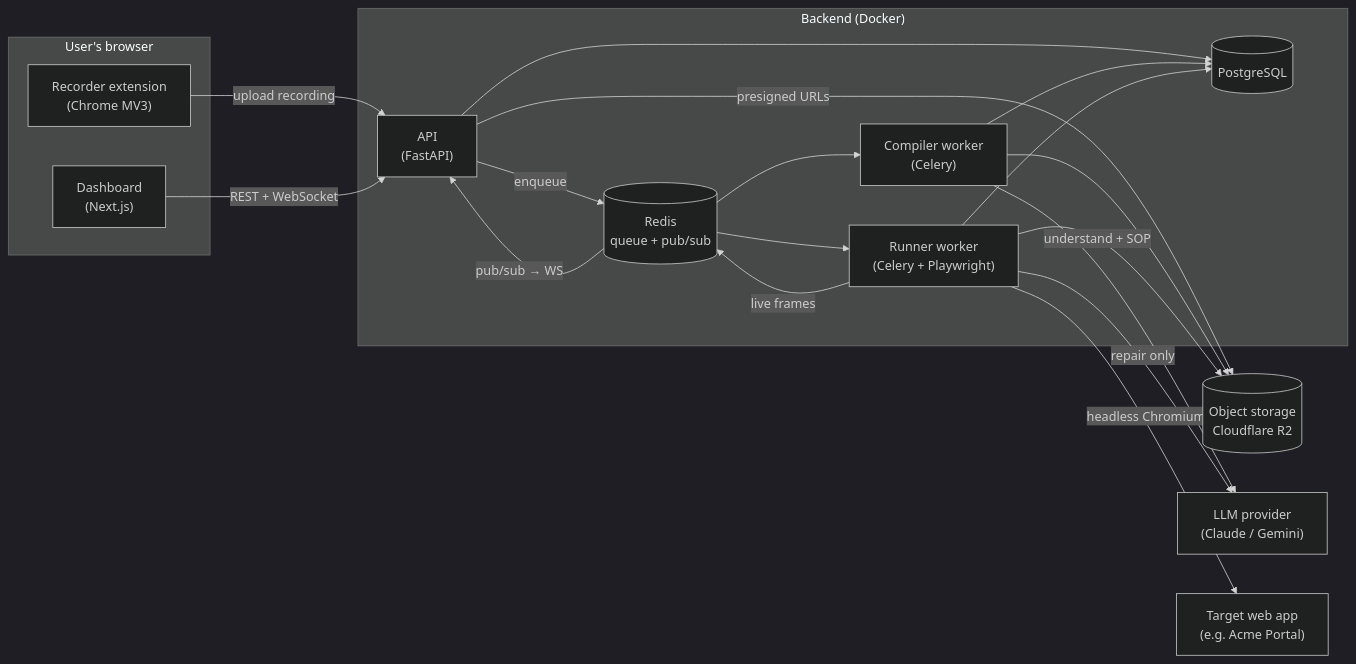
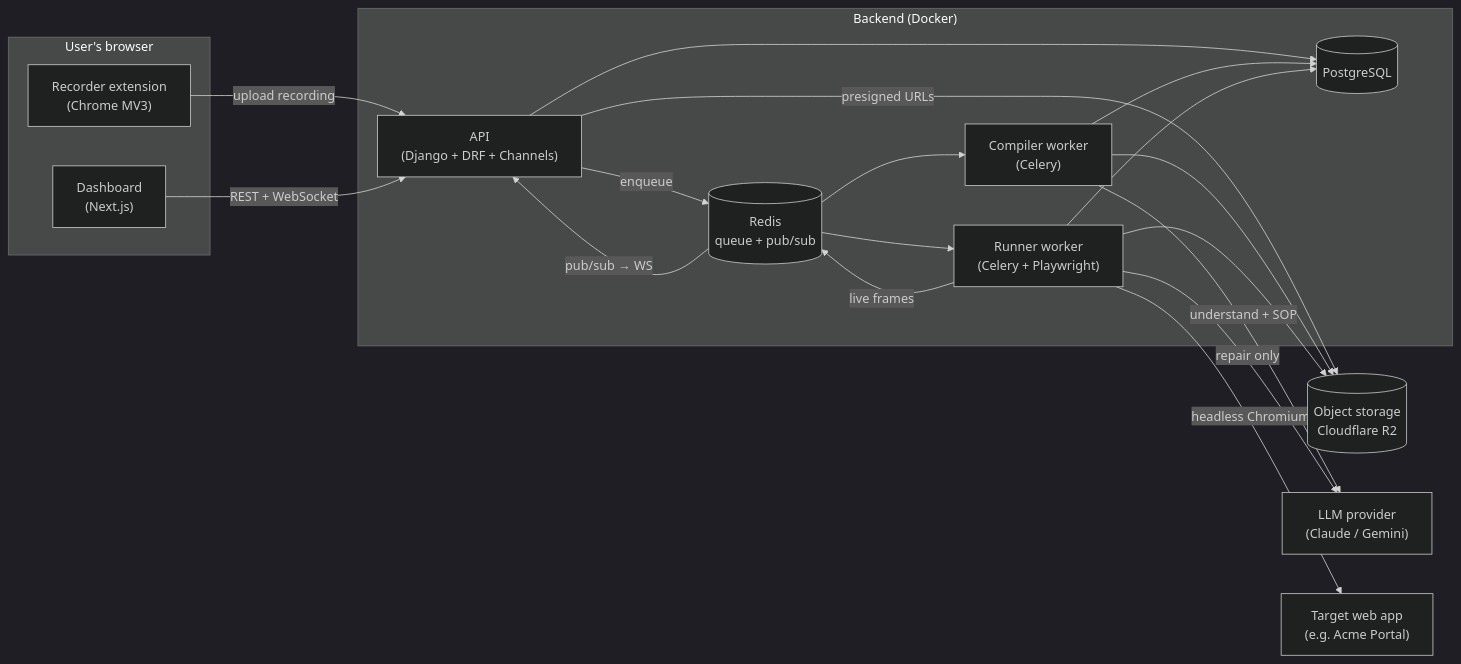
One commit to khurram-Shahid09/watchonce changed the first of 3 diagrams in docs/03-architecture.md. Above: the diagram before and after it, drawn with Mermaid (dark theme). The commit also changed other lines of this file and 9 other files, not shown here.

Commit message:
docs: update stack, architecture and ops docs for Django + DRF

````diff
--- a/docs/03-architecture.md
+++ b/docs/03-architecture.md
@@ -5,36 +5,36 @@
 ```mermaid
 flowchart LR
   subgraph Browser["User's browser"]
     EXT["Recorder extension<br/>(Chrome MV3)"]
     WEB["Dashboard<br/>(Next.js)"]
   end
 
   subgraph Backend["Backend (Docker)"]
-    API["API<br/>(FastAPI)"]
+    API["API<br/>(Django + DRF + Channels)"]
     Q[("Redis<br/>queue + pub/sub")]
     COMP["Compiler worker<br/>(Celery)"]
     RUN["Runner worker<br/>(Celery + Playwright)"]
     DB[("PostgreSQL")]
   end
 
   OBJ[("Object storage<br/>Cloudflare R2")]
   LLM["LLM provider<br/>(Claude / Gemini)"]
   TARGET["Target web app<br/>(e.g. Acme Portal)"]
 
   EXT -- "upload recording" --> API
   WEB -- "REST + WebSocket" --> API
   API --> DB
   API -- "presigned URLs" --> OBJ
   API -- "enqueue" --> Q
   Q --> COMP
   Q --> RUN
   COMP -- "understand + SOP" --> LLM
   RUN -- "repair only" --> LLM
   COMP --> DB
   COMP --> OBJ
   RUN --> DB
   RUN --> OBJ
   RUN -- "headless Chromium" --> TARGET
   RUN -- "live frames" --> Q
   Q -- "pub/sub → WS" --> API
 ```
````
